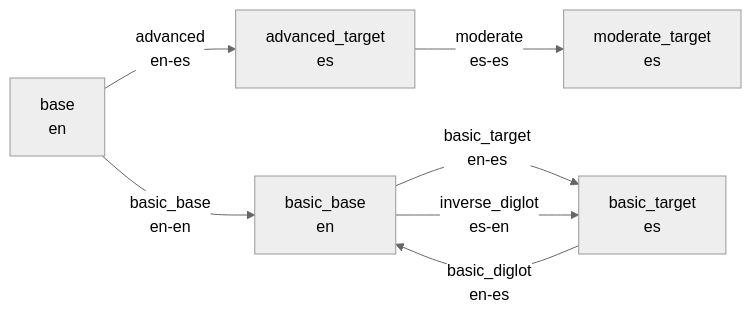
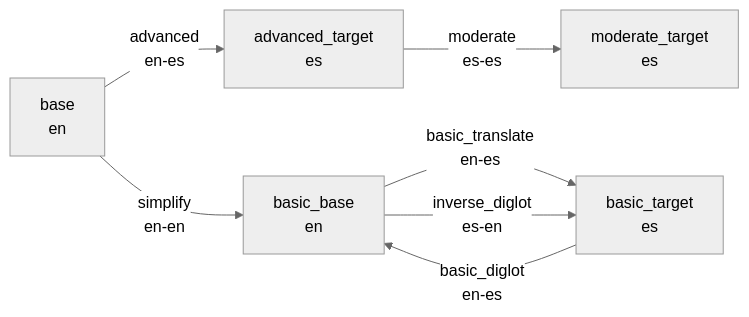
The fourth of 8 diagrams in documentation/Data_Flow_Diagrams.md (williamtbranch/weavelang), drawn with Mermaid (neutral theme) before and after one commit. The commit also changed other lines of this file and 12 other files, not shown here.

Commit message:
Rename basic-tier prompts by function (simplify/basic_translate)

````diff
--- a/documentation/Data_Flow_Diagrams.md
+++ b/documentation/Data_Flow_Diagrams.md
@@ -97,16 +97,16 @@
 ```mermaid
 graph LR
     base[base<br/>en]
     adv[advanced_target<br/>es]
     mod[moderate_target<br/>es]
     btgt[basic_target<br/>es]
     bbas[basic_base<br/>en]
 
     base -->|advanced<br/>en-es| adv
     adv -->|moderate<br/>es-es| mod
-    base -->|basic_base<br/>en-en| bbas
-    bbas -->|basic_target<br/>en-es| btgt
+    base -->|simplify<br/>en-en| bbas
+    bbas -->|basic_translate<br/>en-es| btgt
 
     btgt -->|basic_diglot<br/>en-es| bbas
     bbas -->|inverse_diglot<br/>es-en| btgt
 ```
````
